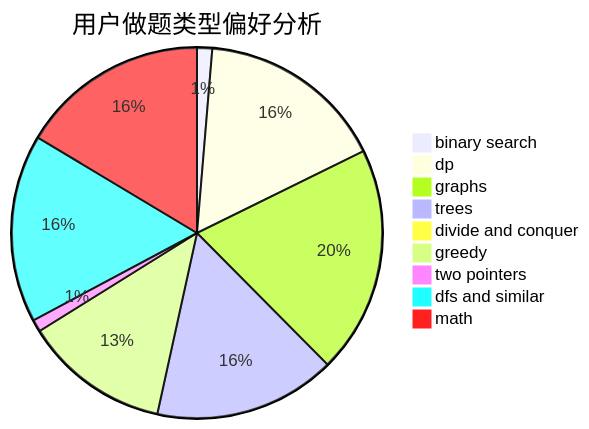
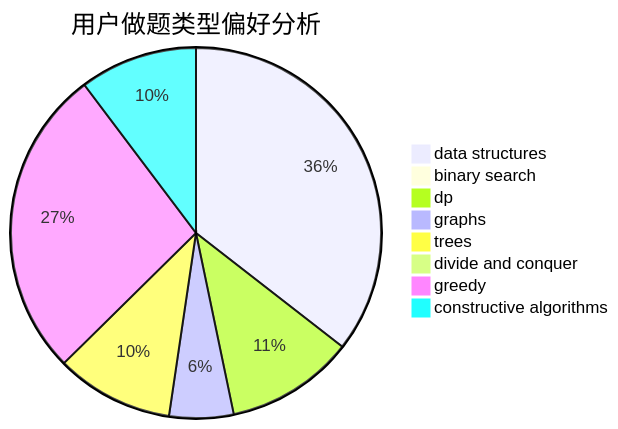
Before and after one commit to sherpahu/cfrs.github.io: the second of 3 diagrams in docs/user/u1257.md, drawn with Mermaid. The commit also changed other lines of this file and 2775 other files, not shown here.

````diff
--- a/docs/user/u1257.md
+++ b/docs/user/u1257.md
@@ -23,12 +23,11 @@
 ```mermaid
 pie title 用户做题类型偏好分析
-    "binary search" :  5
-    "dp" :  62
-    "graphs" :  75
-    "trees" :  60
+    "data structures" :  38
+    "binary search" :  0
+    "dp" :  12
+    "graphs" :  6
+    "trees" :  11
     "divide and conquer" :  0
-    "greedy" :  48
-    "two pointers" :  4
-    "dfs and similar" :  62
-    "math" :  62
+    "greedy" :  29
+    "constructive algorithms" :  11
 ```
````
